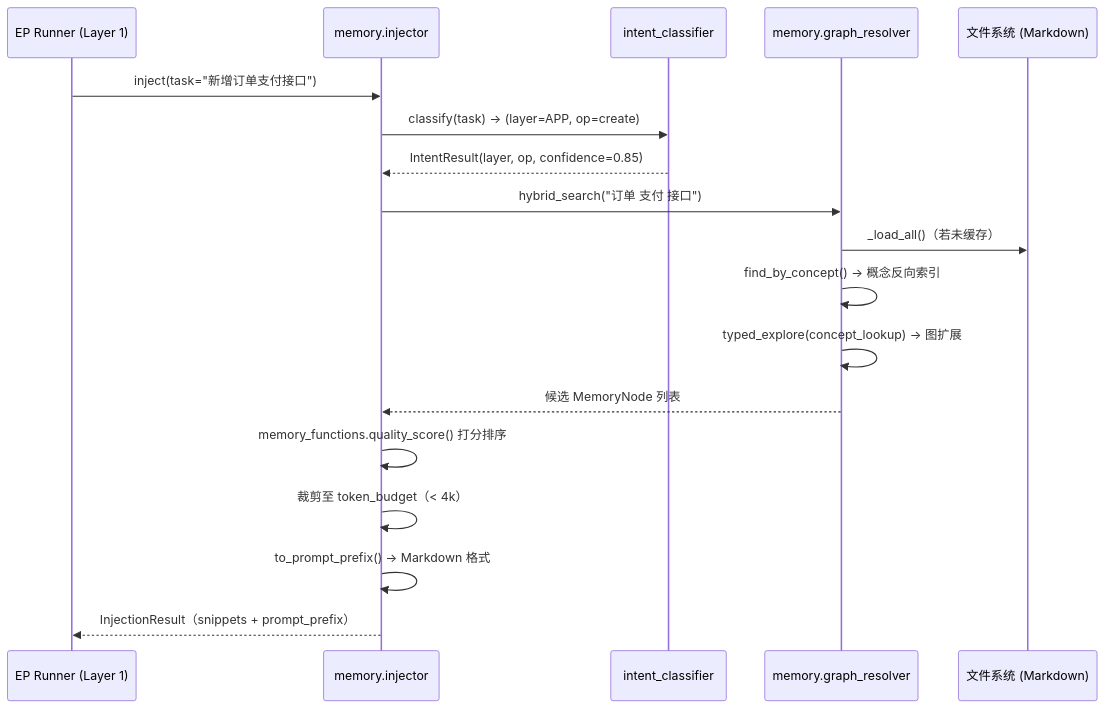
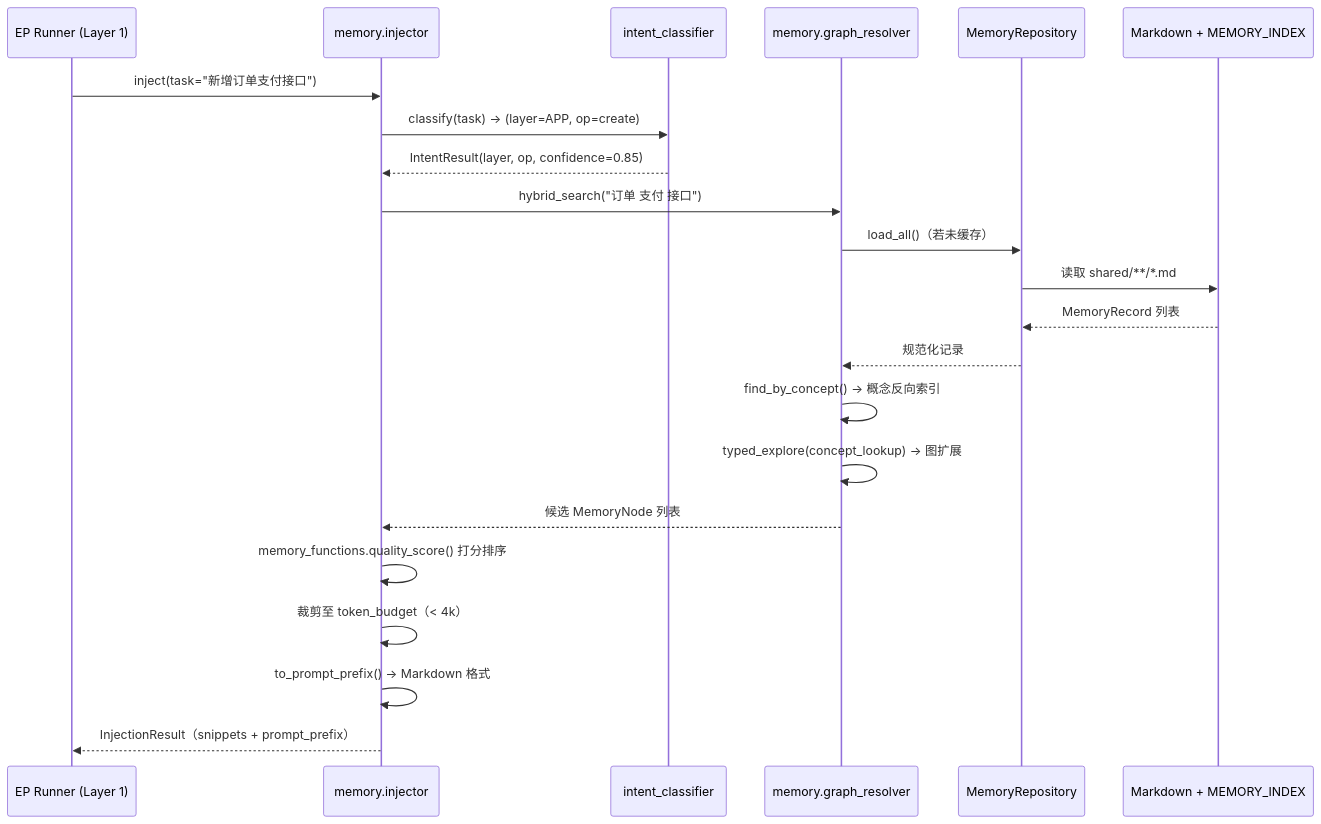
Before and after one commit to allengaoo/mms: the first of 3 diagrams in src/mms/memory/mem_readme.md, drawn with Mermaid. The commit also changed other lines of this file and 11 other files, not shown here.

````diff
--- a/src/mms/memory/mem_readme.md
+++ b/src/mms/memory/mem_readme.md
@@ -232,23 +232,27 @@
 ```mermaid
 sequenceDiagram
     participant EP as EP Runner (Layer 1)
     participant Injector as memory.injector
     participant IC as intent_classifier
     participant Resolver as memory.graph_resolver
-    participant FS as 文件系统 (Markdown)
+    participant Repo as MemoryRepository
+    participant FS as Markdown + MEMORY_INDEX
 
     EP->>Injector: inject(task="新增订单支付接口")
     Injector->>IC: classify(task) → (layer=APP, op=create)
     IC-->>Injector: IntentResult(layer, op, confidence=0.85)
 
     Injector->>Resolver: hybrid_search("订单 支付 接口")
-    Resolver->>FS: _load_all()（若未缓存）
+    Resolver->>Repo: load_all()（若未缓存）
+    Repo->>FS: 读取 shared/**/*.md
+    FS-->>Repo: MemoryRecord 列表
+    Repo-->>Resolver: 规范化记录
     Resolver->>Resolver: find_by_concept() → 概念反向索引
     Resolver->>Resolver: typed_explore(concept_lookup) → 图扩展
     Resolver-->>Injector: 候选 MemoryNode 列表
 
     Injector->>Injector: memory_functions.quality_score() 打分排序
     Injector->>Injector: 裁剪至 token_budget（< 4k）
     Injector->>Injector: to_prompt_prefix() → Markdown 格式
     Injector-->>EP: InjectionResult（snippets + prompt_prefix）
 ```
````
